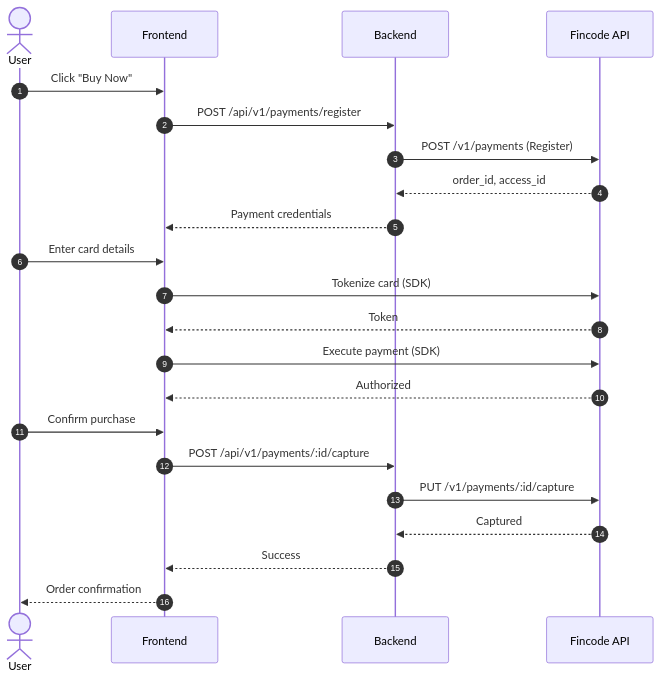
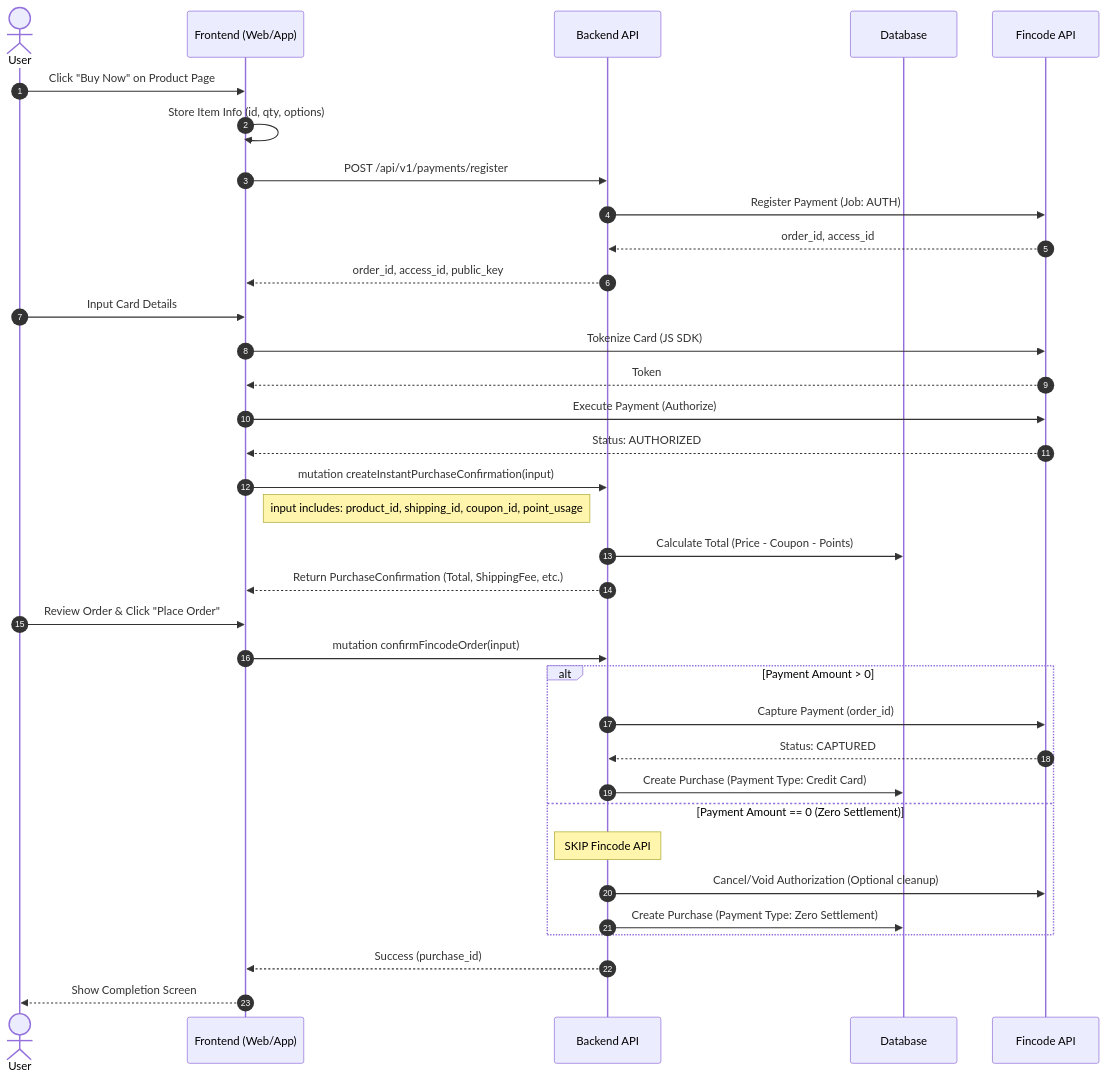
Before and after one commit to toilaloc/research_fincode_payment: the diagram in fincode_payment_workflow.md, drawn with Mermaid. The commit also changed other lines of this file, not shown here.

````diff
--- a/fincode_payment_workflow.md
+++ b/fincode_payment_workflow.md
@@ -582,27 +54,49 @@
 ```mermaid
 sequenceDiagram
     autonumber
     actor User
-    participant FE as Frontend
-    participant BE as Backend
-    participant FC as Fincode API
+    participant Client as Frontend (Web/App)
+    participant Server as Backend API
+    participant DB as Database
+    participant Fincode as Fincode API
 
-    User->>FE: Click "Buy Now"
-    FE->>BE: POST /api/v1/payments/register
-    BE->>FC: POST /v1/payments (Register)
-    FC-->>BE: order_id, access_id
-    BE-->>FE: Payment credentials
+    User->>Client: Click "Buy Now" on Product Page
+    Client->>Client: Store Item Info (id, qty, options)
     
-    User->>FE: Enter card details
-    FE->>FC: Tokenize card (SDK)
-    FC-->>FE: Token
-    FE->>FC: Execute payment (SDK)
-    FC-->>FE: Authorized
+    %% Step 1: Register
+    Client->>Server: POST /api/v1/payments/register
+    Server->>Fincode: Register Payment (Job: AUTH)
+    Fincode-->>Server: order_id, access_id
+    Server-->>Client: order_id, access_id, public_key
     
-    User->>FE: Confirm purchase
-    FE->>BE: POST /api/v1/payments/:id/capture
-    BE->>FC: PUT /v1/payments/:id/capture
-    FC-->>BE: Captured
-    BE-->>FE: Success
-    FE-->>User: Order confirmation
+    %% Step 2: Authorize (Frontend)
+    User->>Client: Input Card Details
+    Client->>Fincode: Tokenize Card (JS SDK)
+    Fincode-->>Client: Token
+    Client->>Fincode: Execute Payment (Authorize)
+    Fincode-->>Client: Status: AUTHORIZED
+    
+    %% Step 3: Confirm Details (GraphQL)
+    Client->>Server: mutation createInstantPurchaseConfirmation(input)
+    Note right of Client: input includes: product_id, shipping_id, coupon_id, point_usage
+    Server->>DB: Calculate Total (Price - Coupon - Points)
+    Server-->>Client: Return PurchaseConfirmation (Total, ShippingFee, etc.)
+    
+    User->>Client: Review Order & Click "Place Order"
+    
+    %% Step 4: Finalize Order (GraphQL)
+    Client->>Server: mutation confirmFincodeOrder(input)
+    
+    alt Payment Amount > 0
+        Server->>Fincode: Capture Payment (order_id)
+        Fincode-->>Server: Status: CAPTURED
+        Server->>DB: Create Purchase (Payment Type: Credit Card)
+    else Payment Amount == 0 (Zero Settlement)
+        Note over Server: SKIP Fincode API
+        Server->>Fincode: Cancel/Void Authorization (Optional cleanup)
+        Server->>DB: Create Purchase (Payment Type: Zero Settlement)
+    end
+    
+    Server-->>Client: Success (purchase_id)
+    Client-->>User: Show Completion Screen
 ```
````
